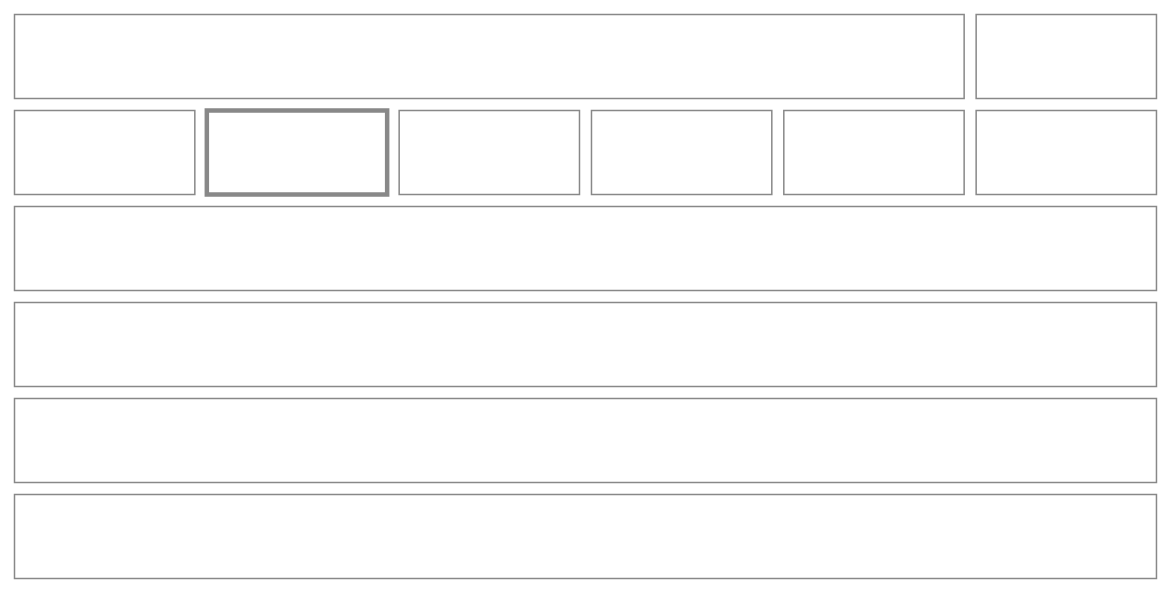
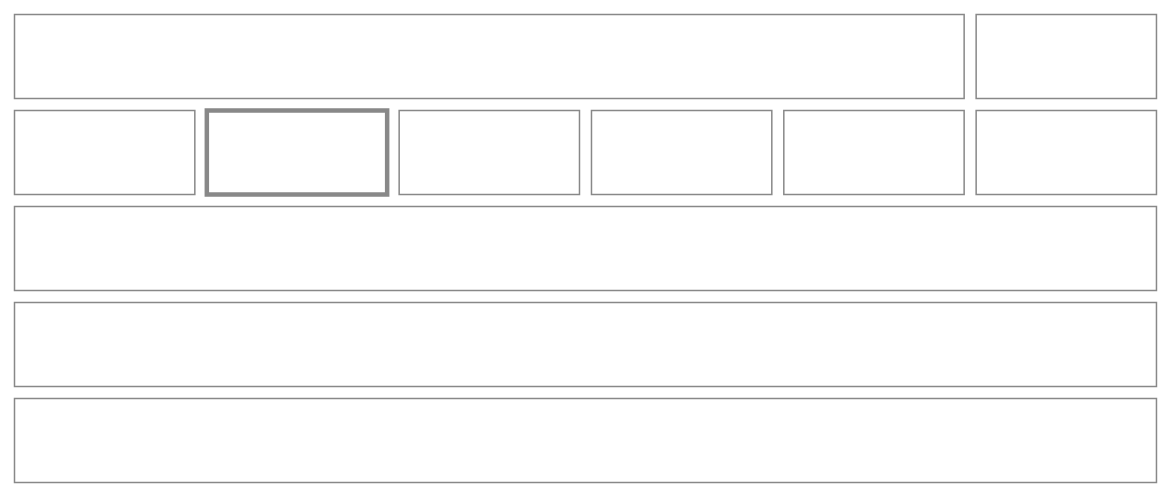
One commit to NovaMoonX/moondreams-dev-apps changed diagram 16 of 25 in src/apps/a-list/UX.md. Above: the diagram before and after it, drawn with Mermaid. The commit also changed other lines of this file and 12 other files, not shown here.

````diff
--- a/src/apps/a-list/UX.md
+++ b/src/apps/a-list/UX.md
@@ -483,29 +483,27 @@
 ```mermaid
 %%{init: {'theme': 'base', 'themeVariables': {'primaryColor': 'transparent', 'primaryBorderColor': '#888888', 'primaryTextColor': '#333333', 'lineColor': '#888888'}}}%%
 block-beta
   columns 12
   Title["Watchlist"]:10
   Add["+ Add"]:2
   TabOpen["Opening · 2"]:2
   TabAll["[ All ]"]:2
   TabMust["Must See"]:2
   TabWant["Want to See"]:2
   TabTime["If I Have Time"]:2
   TabSeen["Seen"]:2
   R1["🖼️ Title A · Oct 16 · Dolby Cinema<br/>Must See · 📅 Planned Oct 17"]:12
   R2["🖼️ Title B · Released Sep 19 · no preference<br/>Want to See"]:12
   R3["🖼️ Title C · Released Aug 8 · Laser<br/>If I Have Time"]:12
-  R4["✓ Title D · Seen Sep 28 · IMAX · ×2"]:12
   style Title fill:transparent,stroke:#888888,stroke-width:1px;
   style Add fill:transparent,stroke:#888888,stroke-width:1px;
   style TabOpen fill:transparent,stroke:#888888,stroke-width:1px;
   style TabAll fill:transparent,stroke:#888888,stroke-width:3px;
   style TabMust fill:transparent,stroke:#888888,stroke-width:1px;
   style TabWant fill:transparent,stroke:#888888,stroke-width:1px;
   style TabTime fill:transparent,stroke:#888888,stroke-width:1px;
   style TabSeen fill:transparent,stroke:#888888,stroke-width:1px;
   style R1 fill:transparent,stroke:#888888,stroke-width:1px;
   style R2 fill:transparent,stroke:#888888,stroke-width:1px;
   style R3 fill:transparent,stroke:#888888,stroke-width:1px;
-  style R4 fill:transparent,stroke:#888888,stroke-width:1px;
 ```
````
